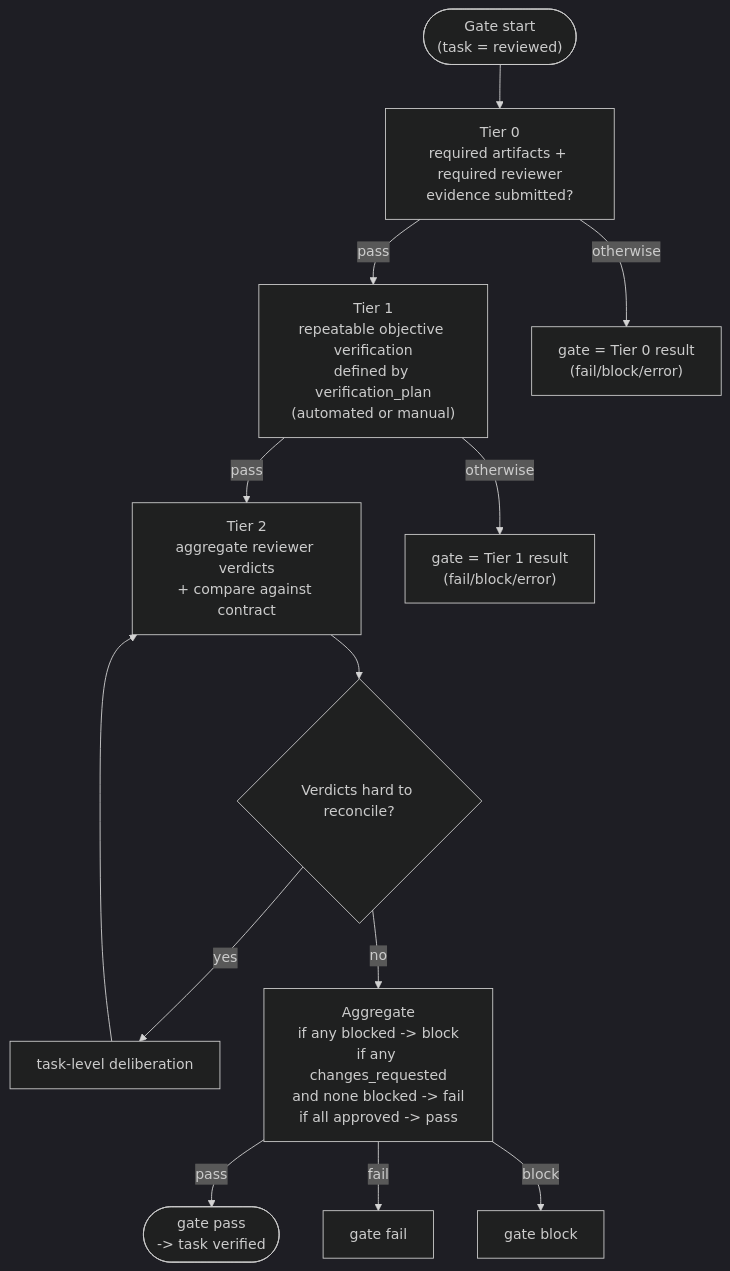
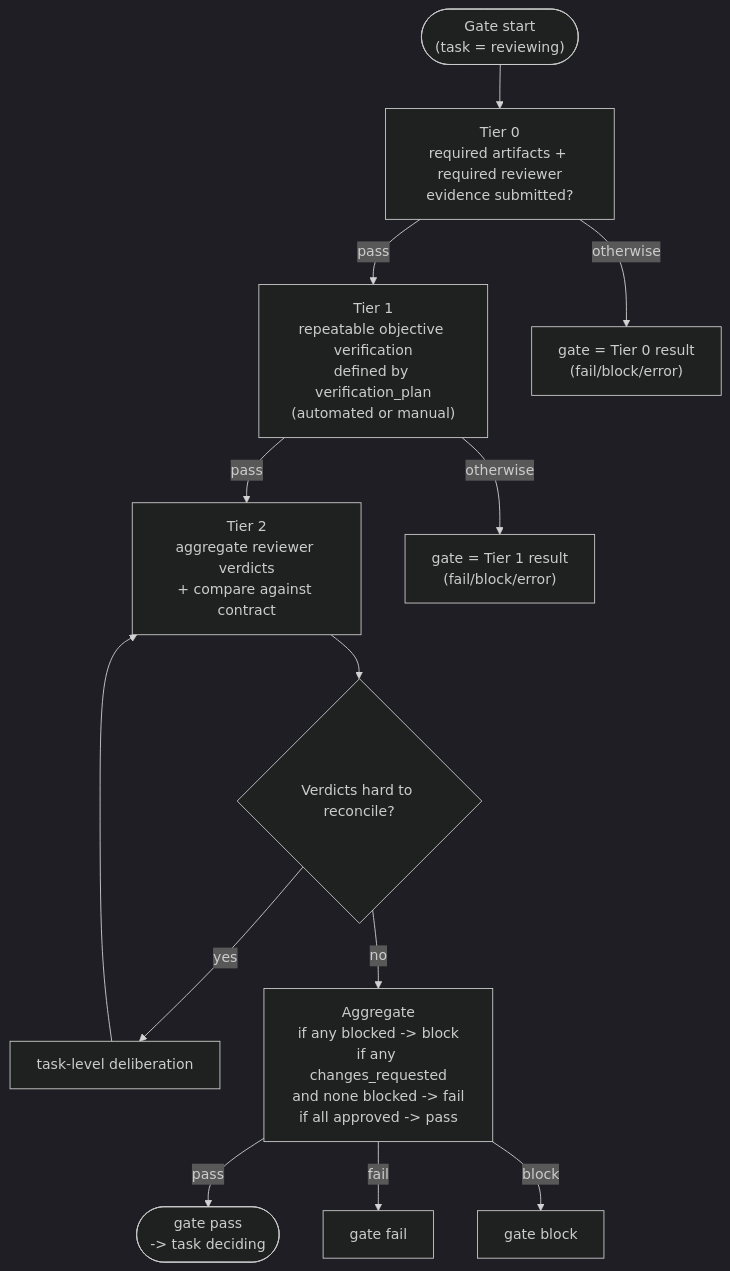
Before and after one commit to choam2426/geas: the fourth of 6 diagrams in docs/DIAGRAMS.md, drawn with Mermaid (dark theme). The commit also changed other lines of this file and 44 other files, not shown here.

````diff
--- a/docs/DIAGRAMS.md
+++ b/docs/DIAGRAMS.md
@@ -137,33 +137,33 @@
 ```mermaid
 flowchart TD
-    Start(["Gate start<br/>(task = reviewed)"])
+    Start(["Gate start<br/>(task = reviewing)"])
 
     T0["Tier 0<br/>required artifacts + required reviewer<br/>evidence submitted?"]
     T1["Tier 1<br/>repeatable objective verification<br/>defined by verification_plan<br/>(automated or manual)"]
     T2["Tier 2<br/>aggregate reviewer verdicts<br/>+ compare against contract"]
 
     Out0["gate = Tier 0 result<br/>(fail/block/error)"]
     Out1["gate = Tier 1 result<br/>(fail/block/error)"]
-    OutPass(["gate pass<br/>-> task verified"])
+    OutPass(["gate pass<br/>-> task deciding"])
     OutFail["gate fail"]
     OutBlock["gate block"]
 
     Delib{"Verdicts hard to reconcile?"}
     DelibRun["task-level deliberation"]
 
     Start --> T0
     T0 -->|pass| T1
     T0 -->|otherwise| Out0
 
     T1 -->|pass| T2
     T1 -->|otherwise| Out1
 
     T2 --> Delib
     Delib -->|yes| DelibRun
     DelibRun --> T2
     Delib -->|no| Agg["Aggregate<br/>if any blocked -> block<br/>if any changes_requested<br/>and none blocked -> fail<br/>if all approved -> pass"]
 
     Agg -->|pass| OutPass
     Agg -->|fail| OutFail
     Agg -->|block| OutBlock
 ```
````
